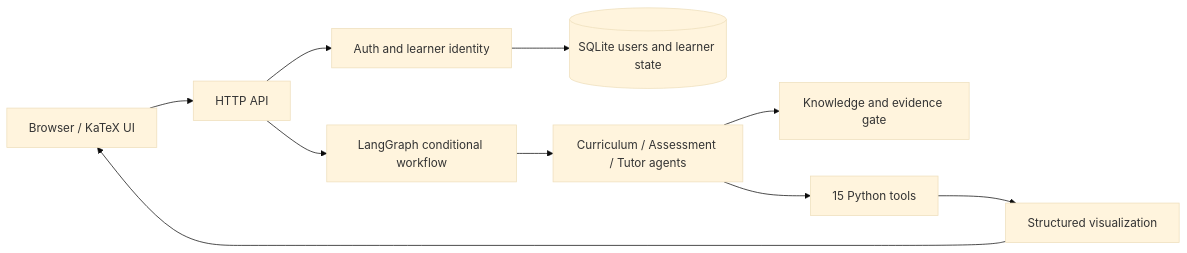
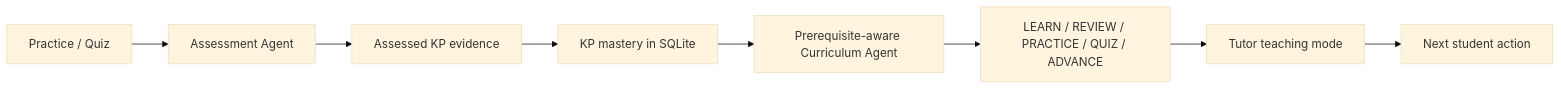
Before and after one commit to JW35711/ai-tutor-for-stochastic-processes: the third of 3 diagrams in docs/ARCHITECTURE.md, drawn with Mermaid (base theme). The commit also changed other lines of this file and 6 other files, not shown here.

Commit message:
docs: align portfolio narrative with actual architecture

````diff
--- a/docs/ARCHITECTURE.md
+++ b/docs/ARCHITECTURE.md
@@ -281,12 +144,10 @@
 ```mermaid
 flowchart LR
-    B[Browser / KaTeX UI] --> API[HTTP API]
-    API --> AUTH[Auth and learner identity]
-    AUTH --> L[(SQLite users and learner state)]
-    API --> G[LangGraph conditional workflow]
-    G --> R[Curriculum / Assessment / Tutor agents]
-    R --> K[Knowledge and evidence gate]
-    R --> P[15 Python tools]
-    P --> V[Structured visualization]
-    V --> B
+    PRACTICE[Practice / Quiz] --> ASSESS2[Assessment Agent]
+    ASSESS2 --> EVIDENCE2[Assessed KP evidence]
+    EVIDENCE2 --> MASTERY2[KP mastery in SQLite]
+    MASTERY2 --> CURRICULUM3[Prerequisite-aware Curriculum Agent]
+    CURRICULUM3 --> ACTION[LEARN / REVIEW / PRACTICE / QUIZ / ADVANCE]
+    ACTION --> TUTOR4[Tutor teaching mode]
+    TUTOR4 --> NEXT[Next student action]
 ```
````
